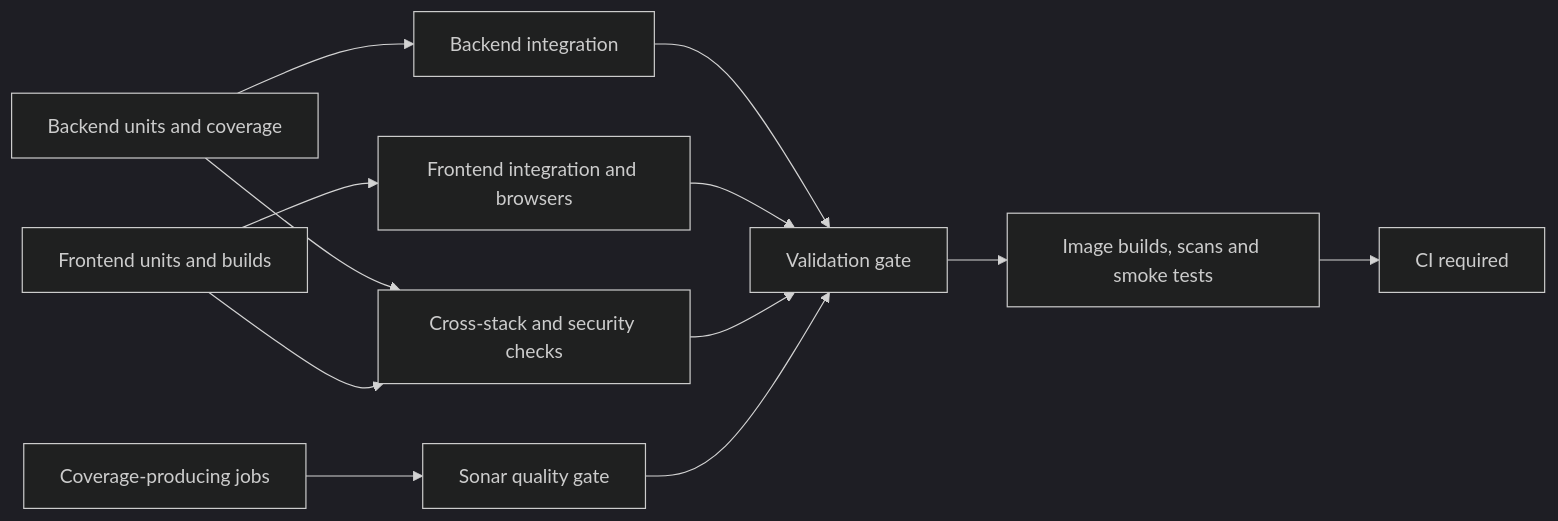
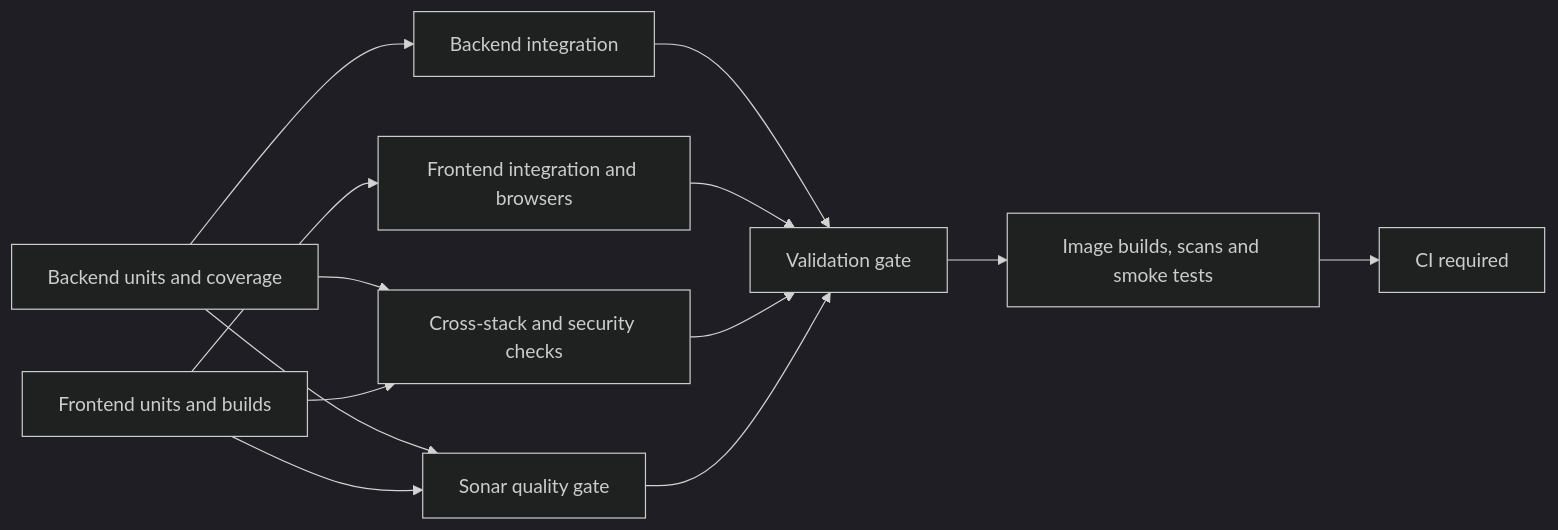
The diagram in .github/CI.md (abhi1693/devfeed.tech), drawn with Mermaid (dark theme) before and after one commit. The commit also changed other lines of this file and 5 other files, not shown here.

````diff
--- a/.github/CI.md
+++ b/.github/CI.md
@@ -8,14 +8,15 @@
 ```mermaid
 flowchart LR
   BU[Backend units and coverage] --> BI[Backend integration]
   FU[Frontend units and builds] --> FI[Frontend integration and browsers]
   BU --> X[Cross-stack and security checks]
   FU --> X
   BI --> V[Validation gate]
   FI --> V
   X --> V
-  C[Coverage-producing jobs] --> S[Sonar quality gate]
+  BU --> S[Sonar quality gate]
+  FU --> S
   S --> V
   V --> I[Image builds, scans and smoke tests]
   I --> R[CI required]
 ```
````
